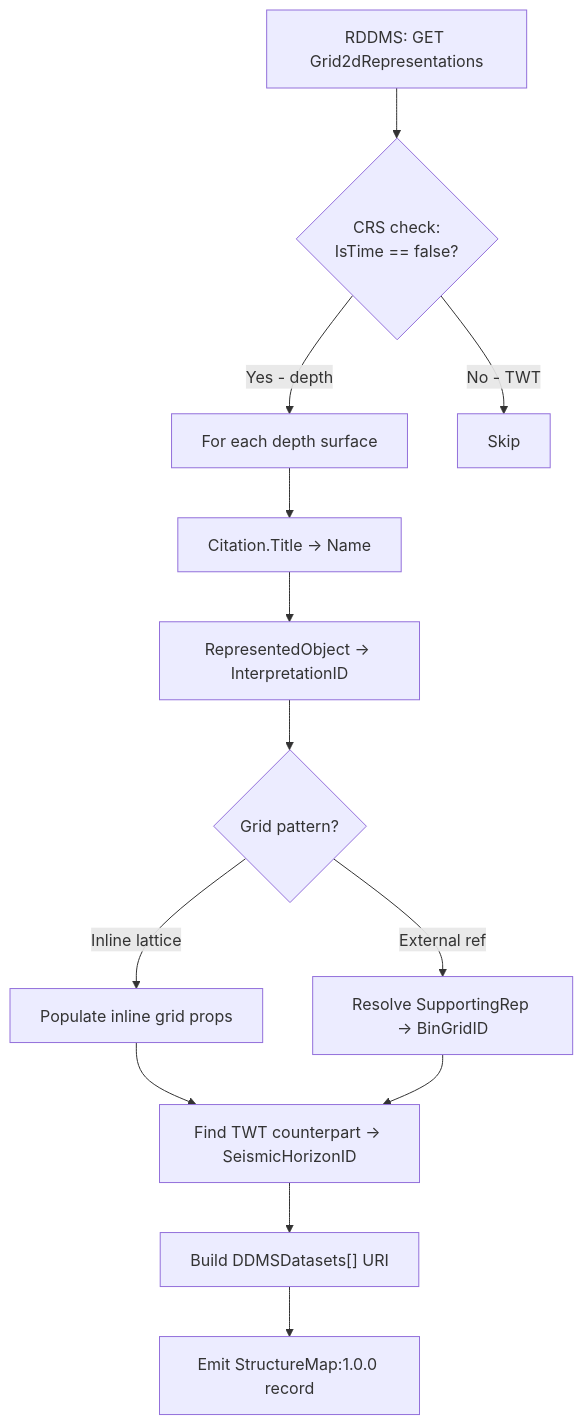
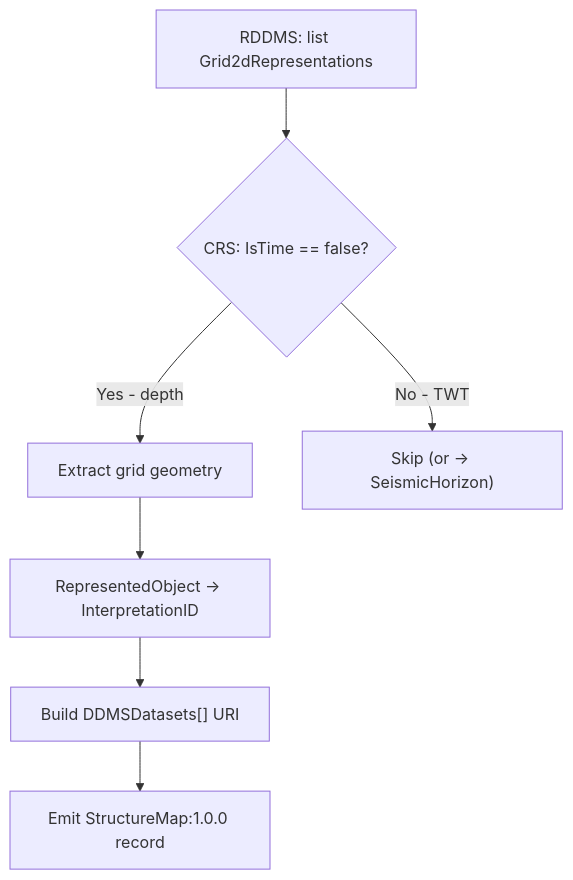
Before and after one commit to marcusapel/ores: the seventh of 8 diagrams in md/SeisInt.md, drawn with Mermaid. The commit also changed other lines of this file and 22 other files, not shown here.

````diff
--- a/md/SeisInt.md
+++ b/md/SeisInt.md
@@ -276,15 +378,9 @@
 ```mermaid
 flowchart TD
-    A["RDDMS: GET Grid2dRepresentations"] --> B{"CRS check:\nIsTime == false?"}
-    B -->|Yes - depth| C["For each depth surface"]
-    B -->|No - TWT| skip[Skip]
-    C --> D["Citation.Title → Name"]
-    D --> E["RepresentedObject → InterpretationID"]
-    E --> F{"Grid pattern?"}
-    F -->|Inline lattice| G["Populate inline grid props"]
-    F -->|External ref| H["Resolve SupportingRep → BinGridID"]
-    G --> I["Find TWT counterpart → SeismicHorizonID"]
-    H --> I
-    I --> J["Build DDMSDatasets[] URI"]
-    J --> K["Emit StructureMap:1.0.0 record"]
+    A["RDDMS: list Grid2dRepresentations"] --> B{"CRS: IsTime == false?"}
+    B -->|Yes - depth| C["Extract grid geometry"]
+    B -->|No - TWT| skip["Skip (or → SeismicHorizon)"]
+    C --> D["RepresentedObject → InterpretationID"]
+    D --> E["Build DDMSDatasets[] URI"]
+    E --> F["Emit StructureMap:1.0.0 record"]
 ```
````
